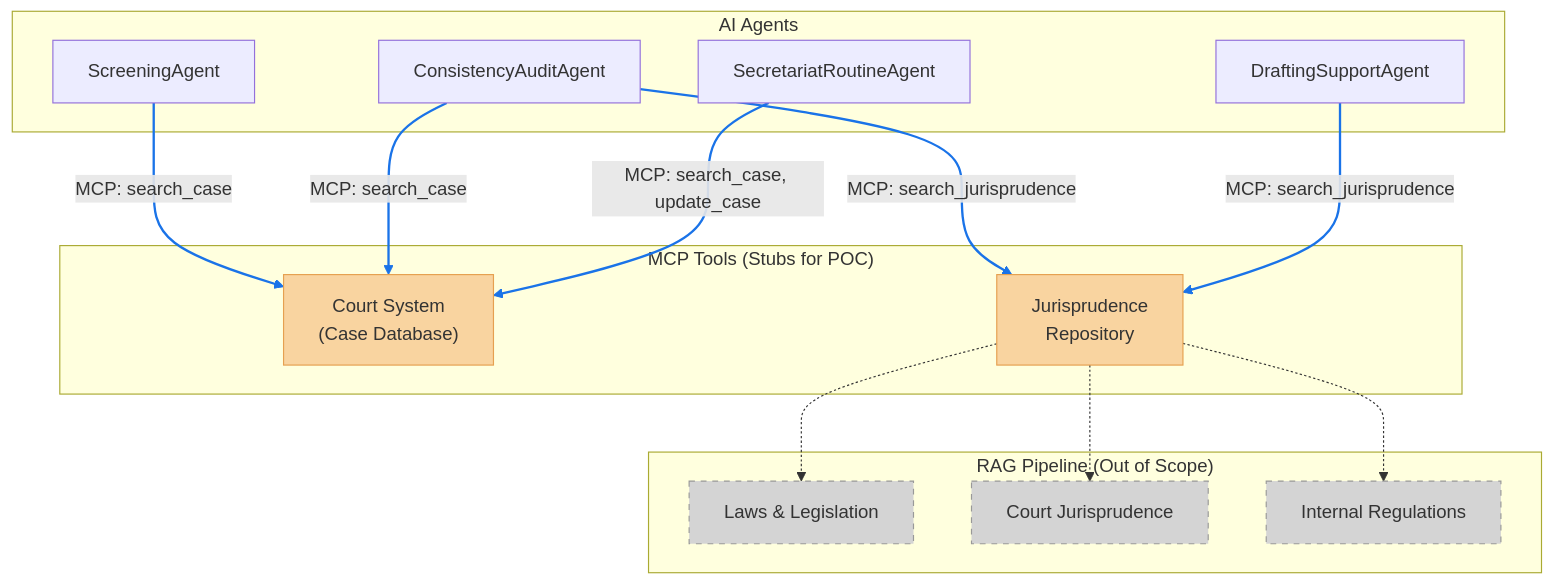
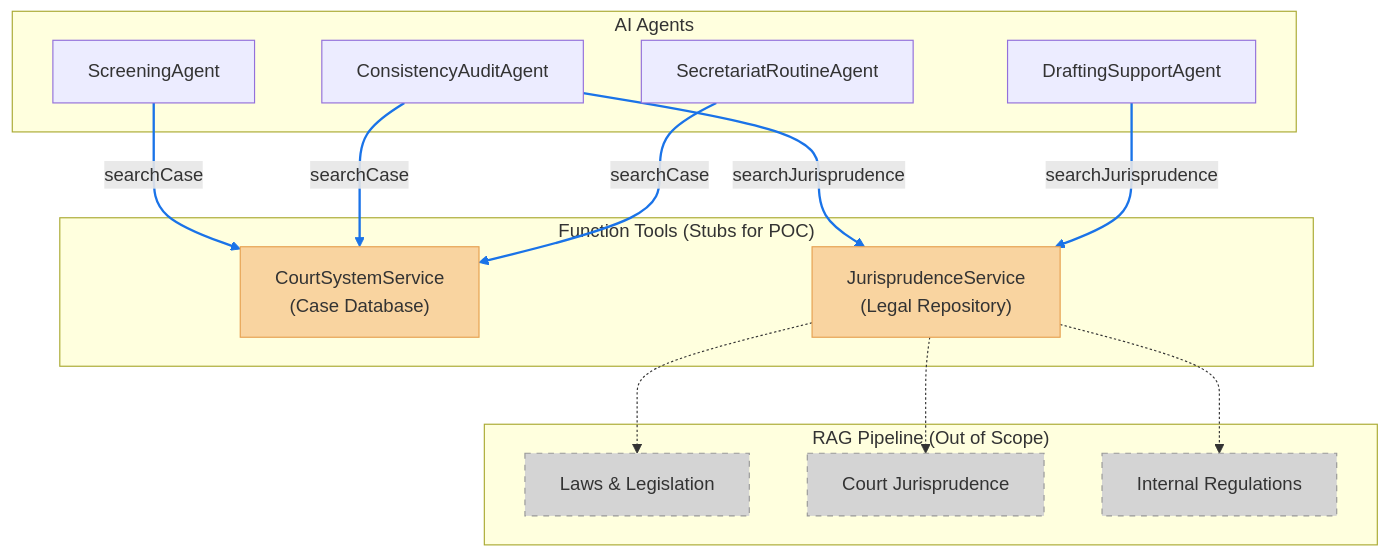
The fourth of 5 diagrams in README.md (aklikic/court-onboarding), drawn with Mermaid before and after one commit. The commit also changed other lines of this file and 33 other files, not shown here.

````diff
--- a/README.md
+++ b/README.md
@@ -188,38 +205,38 @@
 ```mermaid
 graph TB
     subgraph "AI Agents"
         SA["ScreeningAgent"]
         CA["ConsistencyAuditAgent"]
         SRA["SecretariatRoutineAgent"]
         DA["DraftingSupportAgent"]
     end
 
-    subgraph "MCP Tools (Stubs for POC)"
-        CourtSys["Court System<br/>(Case Database)"]
-        Juris["Jurisprudence<br/>Repository"]
+    subgraph "Function Tools (Stubs for POC)"
+        CourtSys["CourtSystemService<br/>(Case Database)"]
+        Juris["JurisprudenceService<br/>(Legal Repository)"]
     end
 
     subgraph "RAG Pipeline (Out of Scope)"
         Laws["Laws & Legislation"]
         JurisDB["Court Jurisprudence"]
         Norms["Internal Regulations"]
     end
 
-    SA -->|"MCP: search_case"| CourtSys
-    CA -->|"MCP: search_case"| CourtSys
-    CA -->|"MCP: search_jurisprudence"| Juris
-    SRA -->|"MCP: search_case, update_case"| CourtSys
-    DA -->|"MCP: search_jurisprudence"| Juris
+    SA -->|"searchCase"| CourtSys
+    CA -->|"searchCase"| CourtSys
+    CA -->|"searchJurisprudence"| Juris
+    SRA -->|"searchCase"| CourtSys
+    DA -->|"searchJurisprudence"| Juris
 
     Juris -.-> Laws
     Juris -.-> JurisDB
     Juris -.-> Norms
 
     style CourtSys fill:#f9d4a0,stroke:#e6a050
     style Juris fill:#f9d4a0,stroke:#e6a050
     style Laws fill:#d4d4d4,stroke:#999,stroke-dasharray: 5 5
     style JurisDB fill:#d4d4d4,stroke:#999,stroke-dasharray: 5 5
     style Norms fill:#d4d4d4,stroke:#999,stroke-dasharray: 5 5
 
     linkStyle 0,1,2,3,4 stroke:#1a73e8,stroke-width:2px
 ```
````
